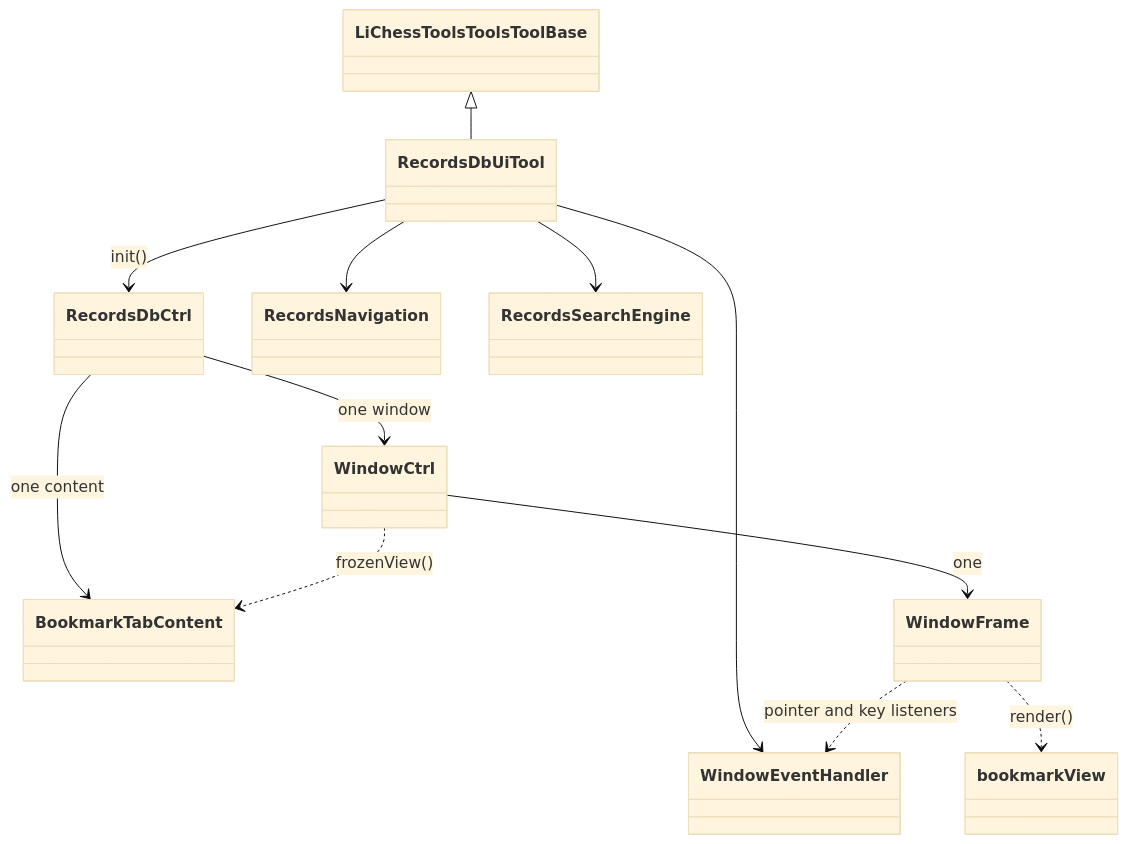
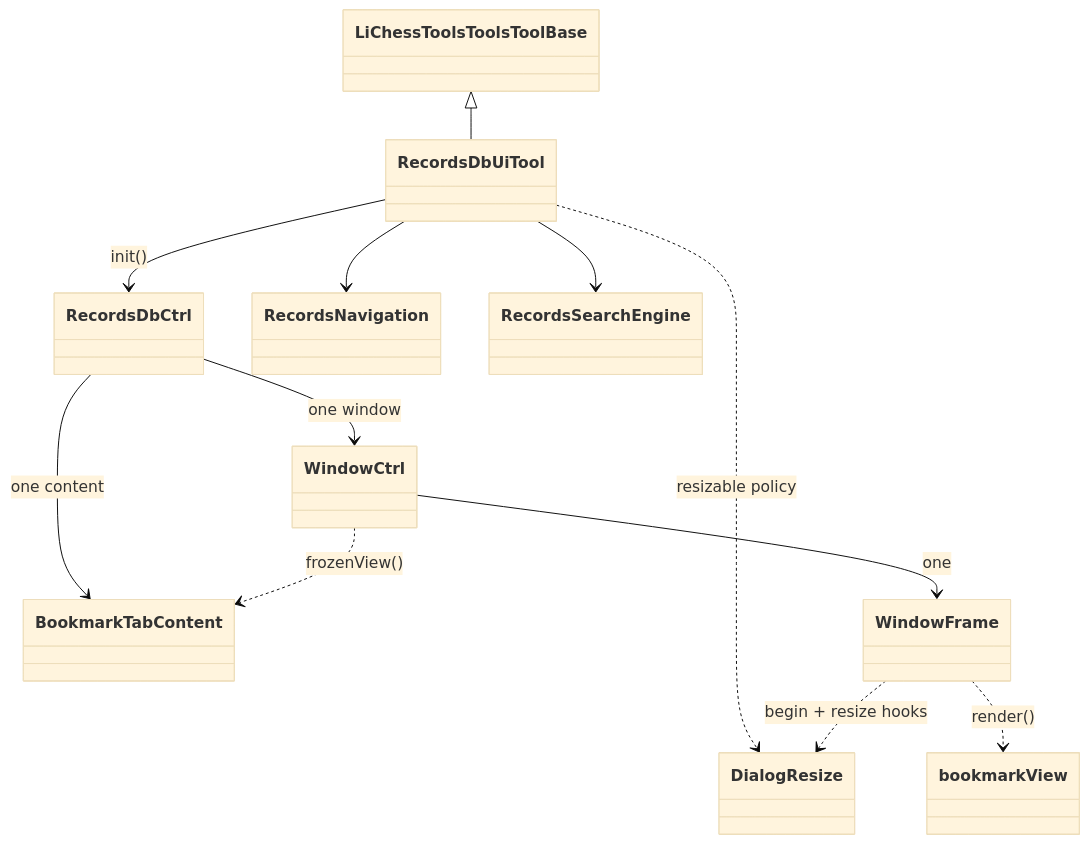
One commit to Siderite/lichessTools changed the second of 5 diagrams in tools/recordsDbUi/structure.md. Above: the diagram before and after it, drawn with Mermaid (base theme). The commit also changed other lines of this file and 10 other files, not shown here.

````diff
--- a/tools/recordsDbUi/structure.md
+++ b/tools/recordsDbUi/structure.md
@@ -59,14 +59,14 @@
 ```mermaid
 classDiagram
   LiChessToolsToolsToolBase <|-- RecordsDbUiTool
   RecordsDbUiTool --> RecordsDbCtrl : init()
-  RecordsDbUiTool --> WindowEventHandler
+  RecordsDbUiTool ..> DialogResize : resizable policy
   RecordsDbUiTool --> RecordsNavigation
   RecordsDbUiTool --> RecordsSearchEngine
   RecordsDbCtrl --> BookmarkTabContent : one content
   RecordsDbCtrl --> WindowCtrl : one window
   WindowCtrl --> WindowFrame : one
-  WindowFrame ..> WindowEventHandler : pointer and key listeners
+  WindowFrame ..> DialogResize : begin + resize hooks
   WindowCtrl ..> BookmarkTabContent : frozenView()
   WindowFrame ..> bookmarkView : render()
 ```
````
